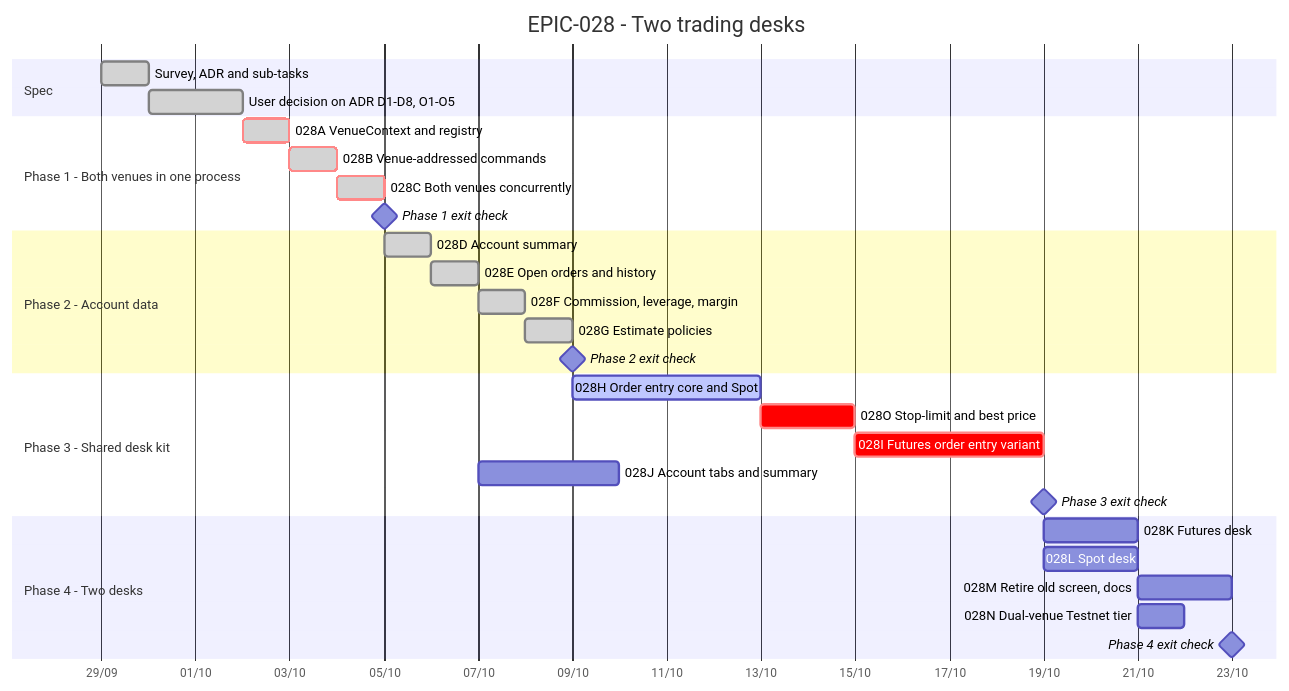
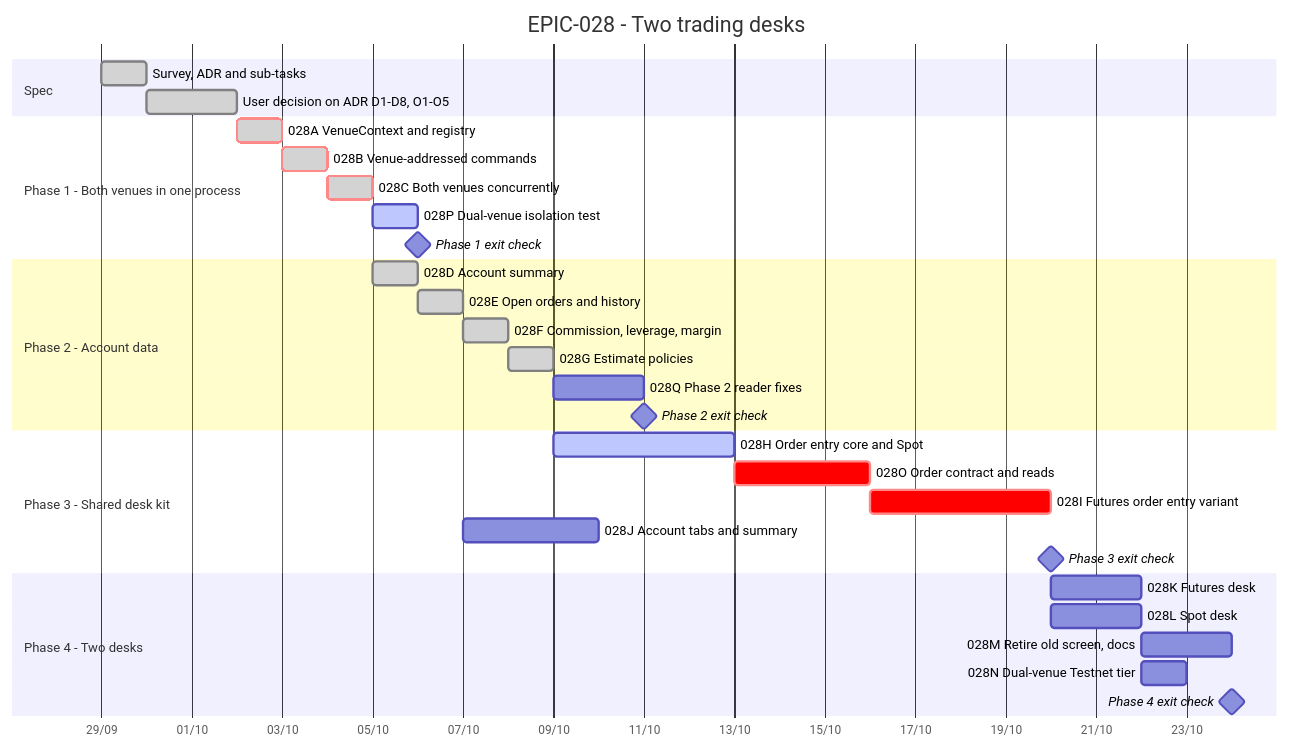
Before and after one commit to anhembedded/Sagittarius_Elite_Warrior: the diagram in Tasks/epics/EPIC-028_futures_and_spot_trading_desks/TRACKING.md, drawn with Mermaid. The commit also changed other lines of this file and 10 other files, not shown here.

````diff
--- a/Tasks/epics/EPIC-028_futures_and_spot_trading_desks/TRACKING.md
+++ b/Tasks/epics/EPIC-028_futures_and_spot_trading_desks/TRACKING.md
@@ -15,38 +15,40 @@
 ```mermaid
 gantt
     title EPIC-028 - Two trading desks
     dateFormat  YYYY-MM-DD
     axisFormat  %d/%m
     todayMarker stroke-width:2px,stroke:#d33,opacity:0.6
 
     section Spec
     Survey, ADR and sub-tasks              :done,    s1, 2026-09-29, 1d
     User decision on ADR D1-D8, O1-O5      :done,    s2, after s1, 2d
 
     section Phase 1 - Both venues in one process
     028A VenueContext and registry         :crit, done, a, after s2, 1d
     028B Venue-addressed commands          :crit, done, b, after a, 1d
     028C Both venues concurrently          :crit, done, c, after b, 1d
-    Phase 1 exit check                     :milestone, m1, after c, 0d
+    028P Dual-venue isolation test         :active,  p, after c, 1d
+    Phase 1 exit check                     :milestone, m1, after p, 0d
 
     section Phase 2 - Account data
     028D Account summary                   :done,    d, after c, 1d
     028E Open orders and history           :done,    e, after d, 1d
     028F Commission, leverage, margin      :done,    f, after e, 1d
     028G Estimate policies                 :done,    g, after f, 1d
-    Phase 2 exit check                     :milestone, m2, after g, 0d
+    028Q Phase 2 reader fixes              :         q, after g, 2d
+    Phase 2 exit check                     :milestone, m2, after q, 0d
 
     section Phase 3 - Shared desk kit
     028H Order entry core and Spot         :active,  h, after g, 4d
-    028O Stop-limit and best price         :crit,    o, after h, 2d
+    028O Order contract and reads          :crit,    o, after h, 3d
     028I Futures order entry variant       :crit,    i, after o, 4d
     028J Account tabs and summary          :         j, after e, 3d
     Phase 3 exit check                     :milestone, m3, after i, 0d
 
     section Phase 4 - Two desks
     028K Futures desk                      :         k, after m3, 2d
     028L Spot desk                         :         l, after m3, 2d
     028M Retire old screen, docs           :         mm, after k, 2d
     028N Dual-venue Testnet tier           :         n, after l, 1d
     Phase 4 exit check                     :milestone, m4, after mm, 0d
 ```
````
